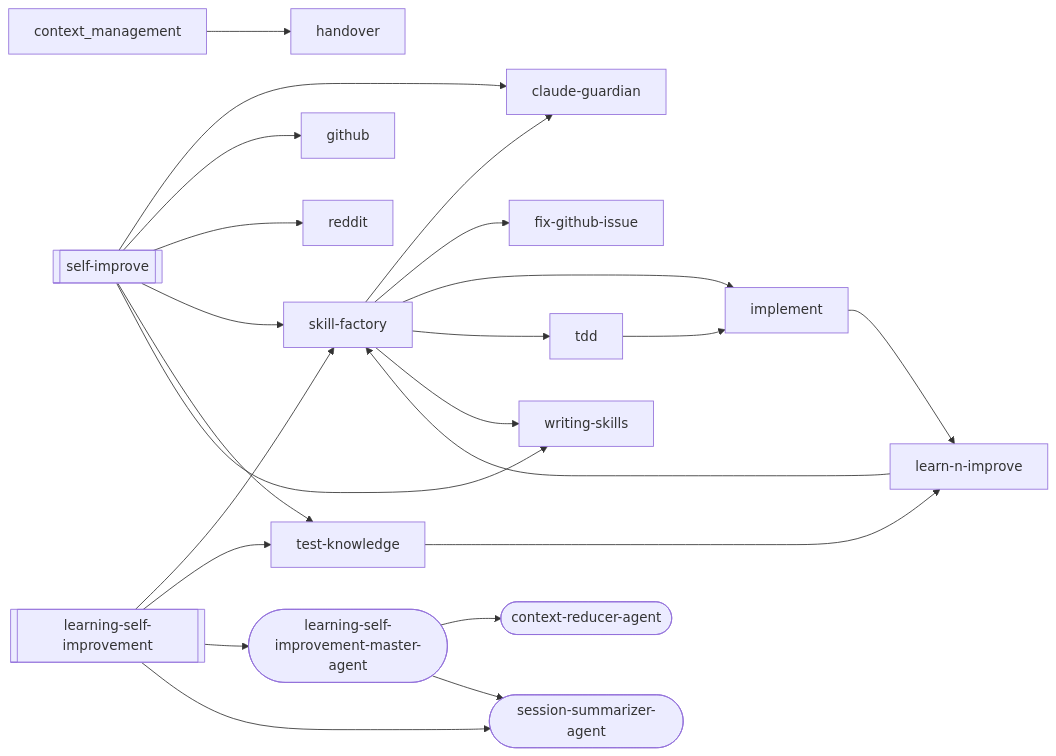
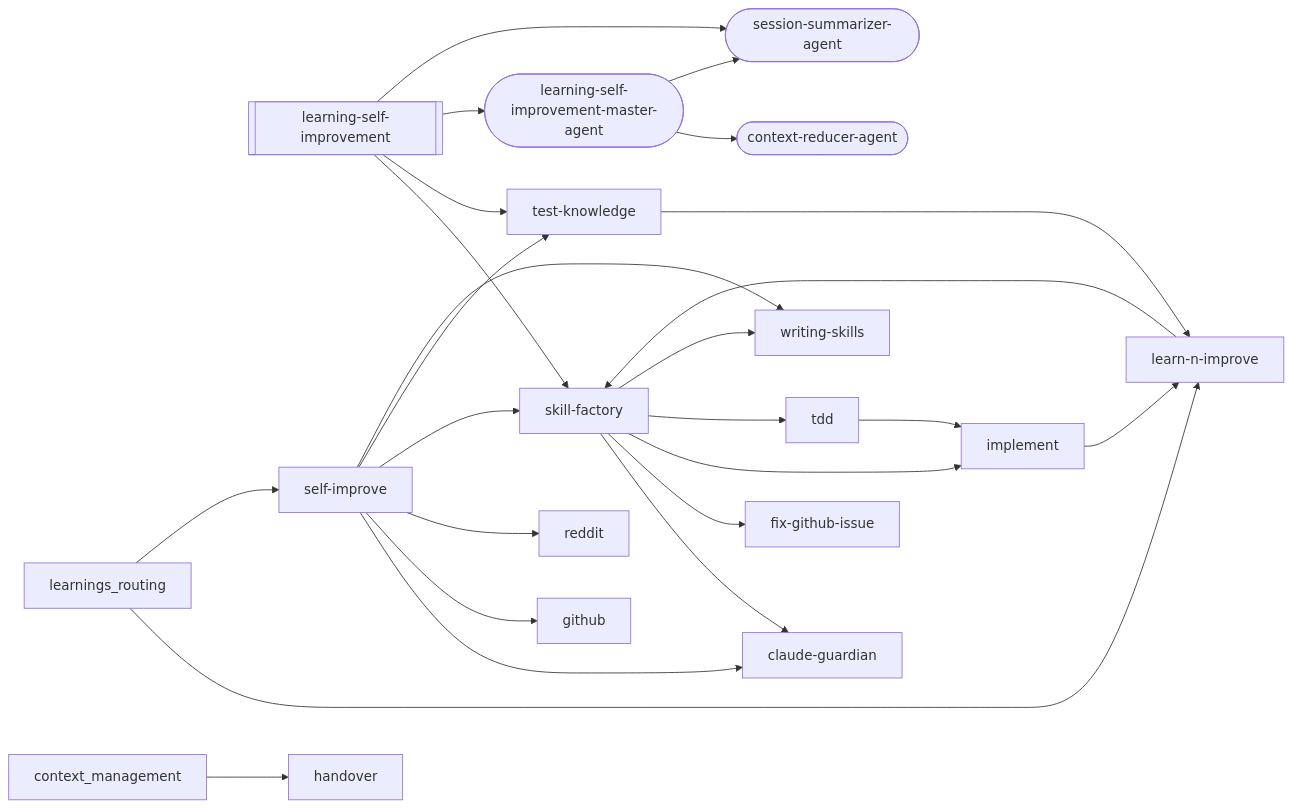
Before and after one commit to abhayla/claude-best-practices: the third of 19 diagrams in docs/workflows/learning-self-improvement.md, drawn with Mermaid. The commit also changed other lines of this file and 13 other files, not shown here.

````diff
--- a/docs/workflows/learning-self-improvement.md
+++ b/docs/workflows/learning-self-improvement.md
@@ -335,41 +338,43 @@
 ```mermaid
 graph LR
     learning_self_improvement[["learning-self-improvement"]]
-    self_improve[["self-improve"]]
     claude_guardian["claude-guardian"]
     context_reducer_agent(["context-reducer-agent"])
     fix_github_issue["fix-github-issue"]
     github["github"]
     handover["handover"]
     implement["implement"]
     learn_n_improve["learn-n-improve"]
     learning_self_improvement_master_agent(["learning-self-improvement-master-agent"])
     reddit["reddit"]
+    self_improve["self-improve"]
     session_summarizer_agent(["session-summarizer-agent"])
     skill_factory["skill-factory"]
     tdd["tdd"]
     test_knowledge["test-knowledge"]
     writing_skills["writing-skills"]
     implement --> learn_n_improve
     learn_n_improve --> skill_factory
     learning_self_improvement --> skill_factory
     learning_self_improvement --> test_knowledge
     learning_self_improvement --> learning_self_improvement_master_agent
     learning_self_improvement --> session_summarizer_agent
     skill_factory --> claude_guardian
     skill_factory --> fix_github_issue
     skill_factory --> implement
     skill_factory --> tdd
     skill_factory --> writing_skills
     tdd --> implement
     test_knowledge --> learn_n_improve
     self_improve --> claude_guardian
     self_improve --> github
     self_improve --> reddit
     self_improve --> skill_factory
     self_improve --> test_knowledge
     self_improve --> writing_skills
     learning_self_improvement_master_agent --> context_reducer_agent
     learning_self_improvement_master_agent --> session_summarizer_agent
     context_management --> handover
+    learnings_routing --> learn_n_improve
+    learnings_routing --> self_improve
 ```
````
